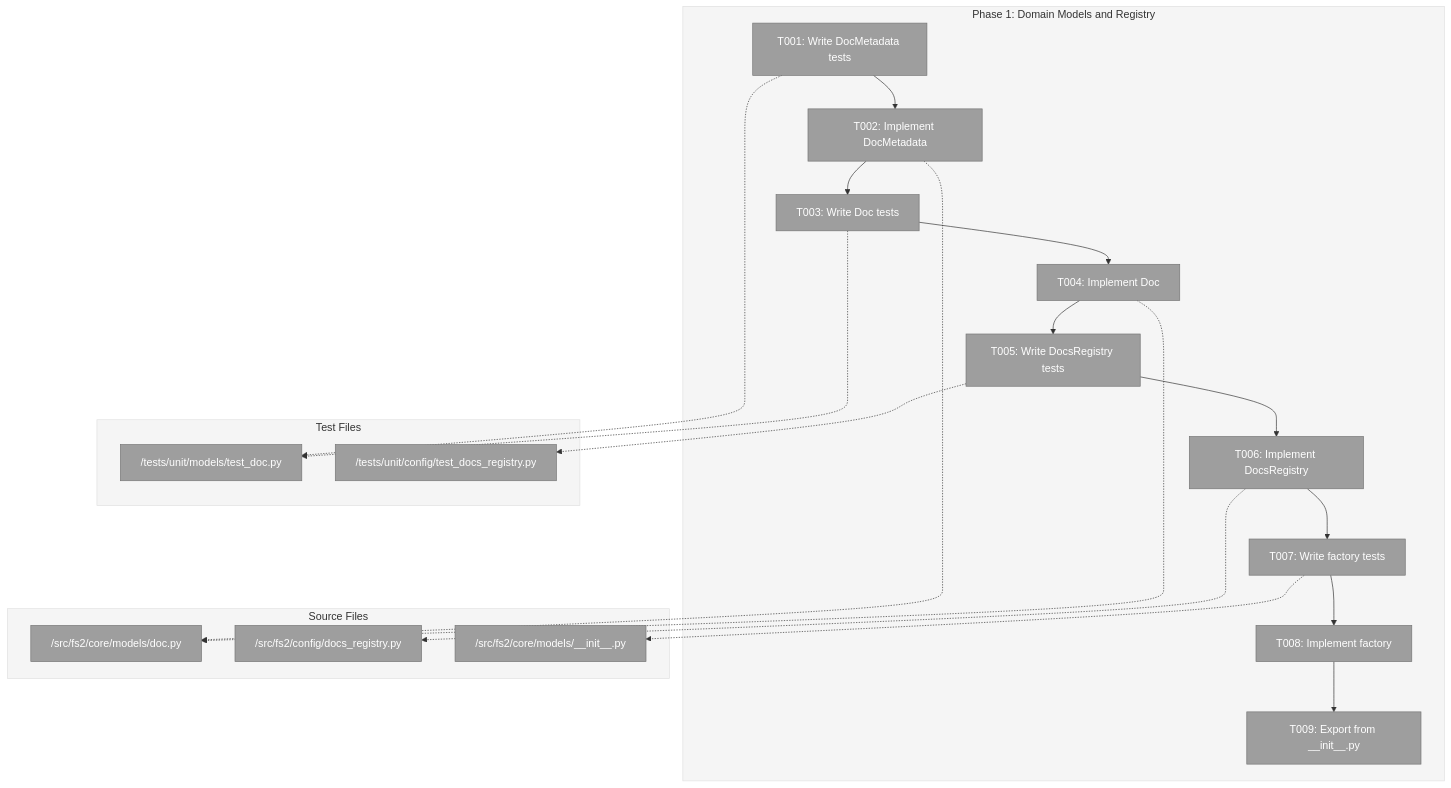
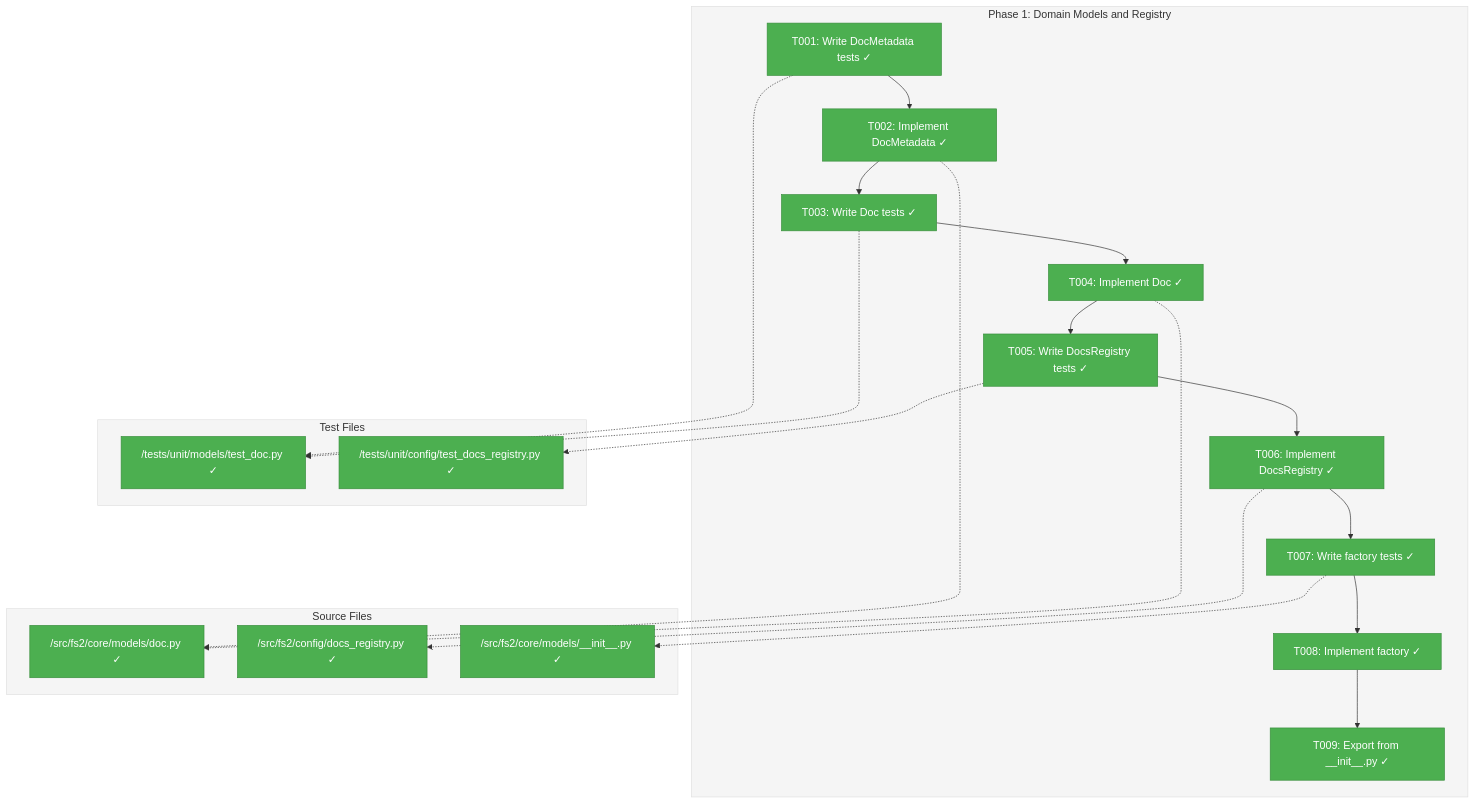
One commit to AI-Substrate/flow_squared changed the first of 3 diagrams in docs/plans/014-mcp-doco/tasks/phase-1-domain-models-and-registry/tasks.md. Above: the diagram before and after it, drawn with Mermaid. The commit also changed other lines of this file and 13 other files, not shown here.

First line of the commit message:
feat: Implement Pydantic models for documentation registry and domain models

````diff
--- a/docs/plans/014-mcp-doco/tasks/phase-1-domain-models-and-registry/tasks.md
+++ b/docs/plans/014-mcp-doco/tasks/phase-1-domain-models-and-registry/tasks.md
@@ -92,51 +92,51 @@
 ```mermaid
 flowchart TD
     classDef pending fill:#9E9E9E,stroke:#757575,color:#fff
     classDef inprogress fill:#FF9800,stroke:#F57C00,color:#fff
     classDef completed fill:#4CAF50,stroke:#388E3C,color:#fff
     classDef blocked fill:#F44336,stroke:#D32F2F,color:#fff
 
     style Phase fill:#F5F5F5,stroke:#E0E0E0
     style Models fill:#F5F5F5,stroke:#E0E0E0
     style Tests fill:#F5F5F5,stroke:#E0E0E0
 
     subgraph Phase["Phase 1: Domain Models and Registry"]
-        T001["T001: Write DocMetadata tests"]:::pending
-        T002["T002: Implement DocMetadata"]:::pending
-        T003["T003: Write Doc tests"]:::pending
-        T004["T004: Implement Doc"]:::pending
-        T005["T005: Write DocsRegistry tests"]:::pending
-        T006["T006: Implement DocsRegistry"]:::pending
-        T007["T007: Write factory tests"]:::pending
-        T008["T008: Implement factory"]:::pending
-        T009["T009: Export from __init__.py"]:::pending
+        T001["T001: Write DocMetadata tests ✓"]:::completed
+        T002["T002: Implement DocMetadata ✓"]:::completed
+        T003["T003: Write Doc tests ✓"]:::completed
+        T004["T004: Implement Doc ✓"]:::completed
+        T005["T005: Write DocsRegistry tests ✓"]:::completed
+        T006["T006: Implement DocsRegistry ✓"]:::completed
+        T007["T007: Write factory tests ✓"]:::completed
+        T008["T008: Implement factory ✓"]:::completed
+        T009["T009: Export from __init__.py ✓"]:::completed
 
         T001 --> T002
         T002 --> T003
         T003 --> T004
         T004 --> T005
         T005 --> T006
         T006 --> T007
         T007 --> T008
         T008 --> T009
     end
 
     subgraph Models["Source Files"]
-        F1["/src/fs2/core/models/doc.py"]:::pending
-        F2["/src/fs2/config/docs_registry.py"]:::pending
-        F3["/src/fs2/core/models/__init__.py"]:::pending
+        F1["/src/fs2/core/models/doc.py ✓"]:::completed
+        F2["/src/fs2/config/docs_registry.py ✓"]:::completed
+        F3["/src/fs2/core/models/__init__.py ✓"]:::completed
     end
 
     subgraph Tests["Test Files"]
-        T_DOC["/tests/unit/models/test_doc.py"]:::pending
-        T_REG["/tests/unit/config/test_docs_registry.py"]:::pending
+        T_DOC["/tests/unit/models/test_doc.py ✓"]:::completed
+        T_REG["/tests/unit/config/test_docs_registry.py ✓"]:::completed
     end
 
     T001 -.-> T_DOC
     T002 -.-> F1
     T003 -.-> T_DOC
     T004 -.-> F1
     T005 -.-> T_REG
     T006 -.-> F2
     T007 -.-> F3
 ```
````
